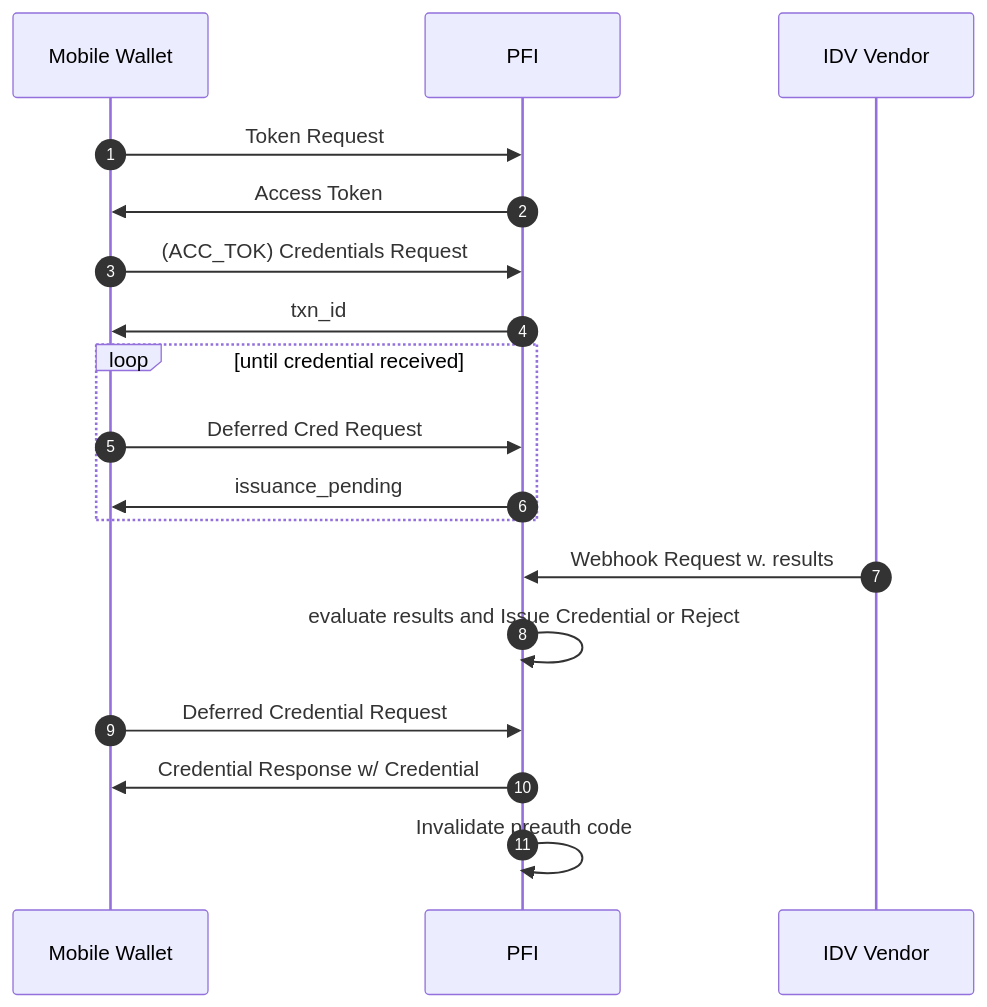
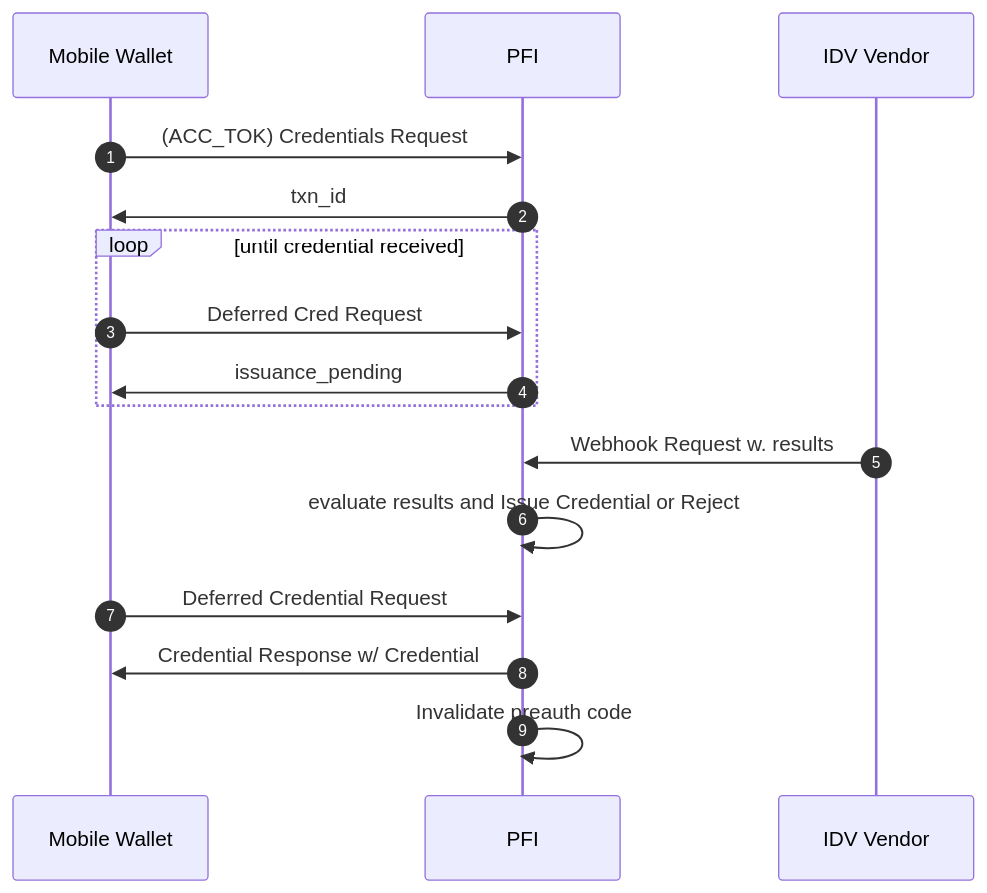
Before and after one commit to TBD54566975/known-customer-credential: the fifth of 5 diagrams in README.md, drawn with Mermaid. The commit also changed other lines of this file, not shown here.

````diff
--- a/README.md
+++ b/README.md
@@ -385,23 +407,21 @@
 ```mermaid
 sequenceDiagram
 autonumber
 
 participant D as Mobile Wallet
 participant P as PFI
 participant V as IDV Vendor
 
-D->>P: Token Request
-P->>D: Access Token
 D->>P: (ACC_TOK) Credentials Request
 P->>D: txn_id
 
 loop until credential received
     D->>P: Deferred Cred Request
     P->>D: issuance_pending
 end
 V->>P: Webhook Request w. results
 P->>P: evaluate results and Issue Credential or Reject
 D->>P: Deferred Credential Request
 P->>D: Credential Response w/ Credential
 P->>P: Invalidate preauth code
 ```
````
